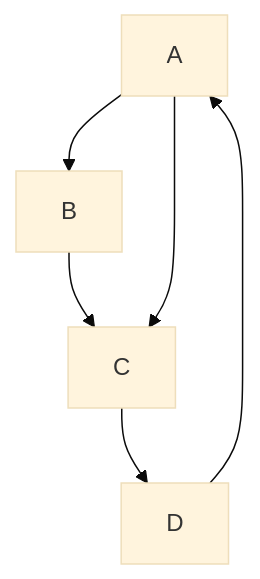
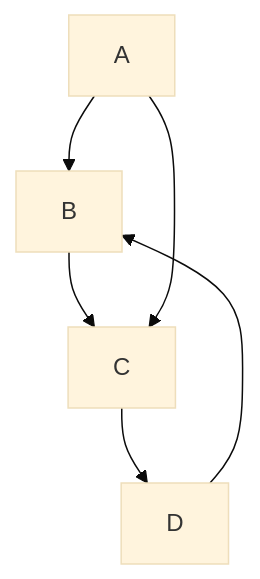
The first of 4 diagrams in README.md (blck-snwmn/github-playground), drawn with Mermaid (base theme) before and after one commit.

Commit message:
Update README.md
Change state

````diff
--- a/README.md
+++ b/README.md
@@ -4,8 +4,8 @@
 ```mermaid
 graph TD
   A --> B;
   B --> C;
   A --> C;
   C --> D;
-  D --> A;
+  D --> B;
 ```
````
